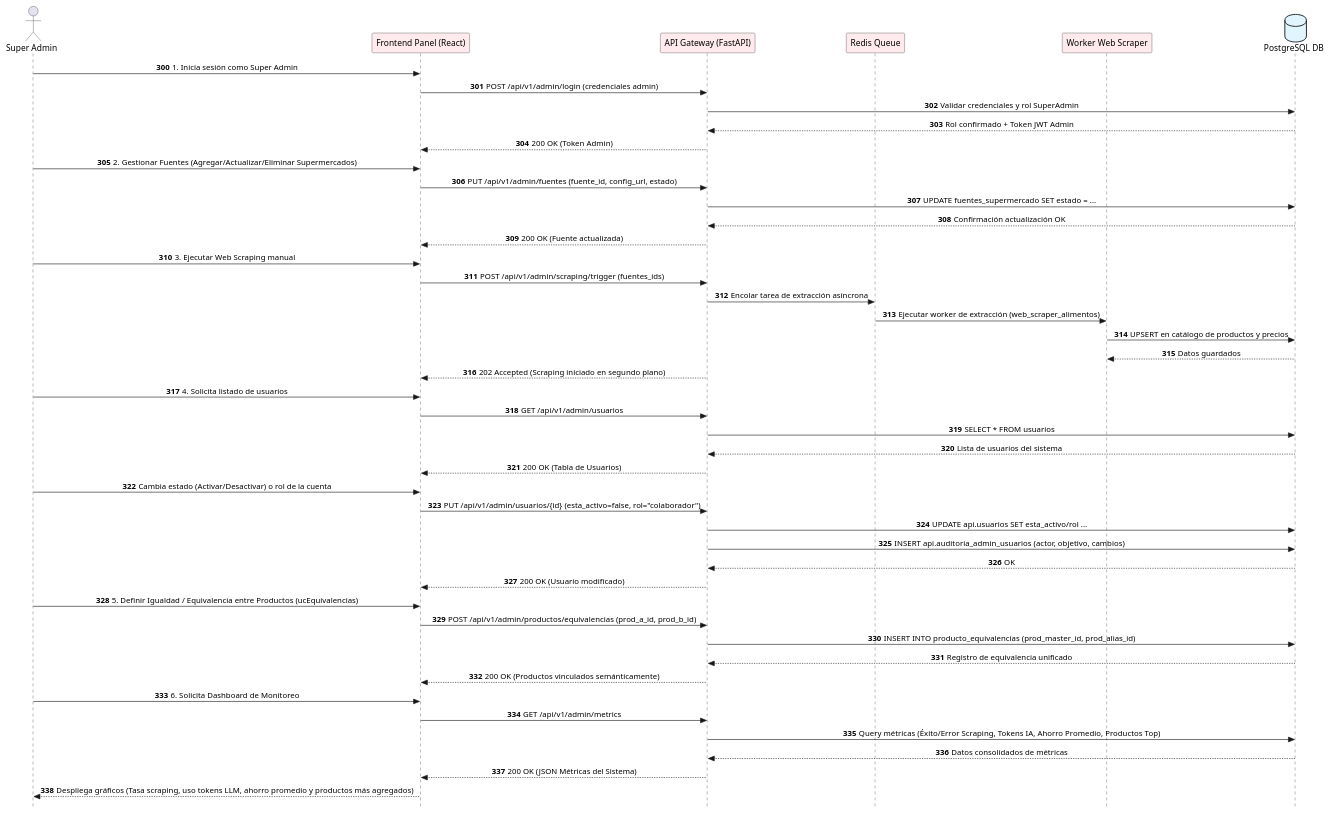
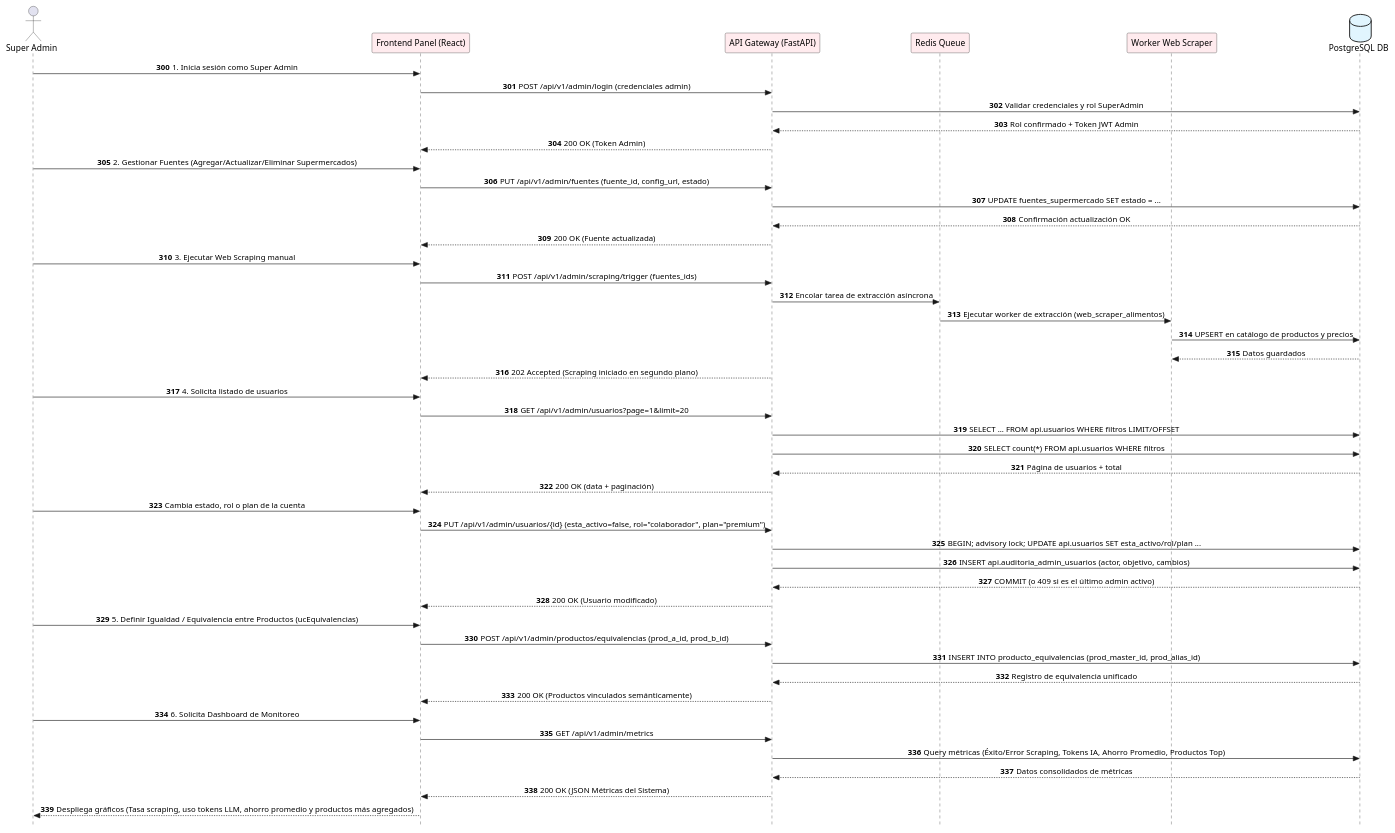
One commit to RutaAhorro/Taller_integracion_III changed the diagram in docs/Diagramas/secuencia_superadmin.puml. Above: the diagram before and after it, drawn with PlantUML. The commit also changed 35 other files, not shown here.

First line of the commit message:
fix(admin): completar paginación, plan y revalidación de sesión (SUP-242)

```diff
--- a/docs/Diagramas/secuencia_superadmin.puml
+++ b/docs/Diagramas/secuencia_superadmin.puml
@@ -1,68 +1,69 @@
 @startuml Diagrama_Secuencia_SuperAdmin
 skinparam Style StrictUml
 skinparam SequenceMessageAlignment center
 skinparam DatabaseBackgroundColor #E1F5FE
 skinparam ParticipantBackgroundColor #FFEBEE
 
 actor "Super Admin" as Admin
 participant "Frontend Panel (React)" as UI
 participant "API Gateway (FastAPI)" as API
 participant "Redis Queue" as Redis
 participant "Worker Web Scraper" as Scraper
 database "PostgreSQL DB" as DB
 
 autonumber 300
 
 box "1. Login Super Admin y Gestión de Fuentes de Scraping (ucScraping, ucFuentes)" #FFEBEE
     Admin -> UI : 1. Inicia sesión como Super Admin
     UI -> API : POST /api/v1/admin/login (credenciales admin)
     API -> DB : Validar credenciales y rol SuperAdmin
     DB --> API : Rol confirmado + Token JWT Admin
     API --> UI : 200 OK (Token Admin)
 
     Admin -> UI : 2. Gestionar Fuentes (Agregar/Actualizar/Eliminar Supermercados)
     UI -> API : PUT /api/v1/admin/fuentes (fuente_id, config_url, estado)
     API -> DB : UPDATE fuentes_supermercado SET estado = ...
     DB --> API : Confirmación actualización OK
     API --> UI : 200 OK (Fuente actualizada)
 
     Admin -> UI : 3. Ejecutar Web Scraping manual
     UI -> API : POST /api/v1/admin/scraping/trigger (fuentes_ids)
     API -> Redis : Encolar tarea de extracción asíncrona
     Redis -> Scraper : Ejecutar worker de extracción (web_scraper_alimentos)
     Scraper -> DB : UPSERT en catálogo de productos y precios
     DB --> Scraper : Datos guardados
     API --> UI : 202 Accepted (Scraping iniciado en segundo plano)
 end box
 
 box "2. Gestión de Usuarios e Igualdad de Productos (ucUsuarios, Definir Igualdad)" #FCE4EC
     Admin -> UI : 4. Solicita listado de usuarios
-    UI -> API : GET /api/v1/admin/usuarios
-    API -> DB : SELECT * FROM usuarios
-    DB --> API : Lista de usuarios del sistema
-    API --> UI : 200 OK (Tabla de Usuarios)
+    UI -> API : GET /api/v1/admin/usuarios?page=1&limit=20
+    API -> DB : SELECT ... FROM api.usuarios WHERE filtros LIMIT/OFFSET
+    API -> DB : SELECT count(*) FROM api.usuarios WHERE filtros
+    DB --> API : Página de usuarios + total
+    API --> UI : 200 OK (data + paginación)
 
-    Admin -> UI : Cambia estado (Activar/Desactivar) o rol de la cuenta
-    UI -> API : PUT /api/v1/admin/usuarios/{id} (esta_activo=false, rol="colaborador")
-    API -> DB : UPDATE api.usuarios SET esta_activo/rol ...
+    Admin -> UI : Cambia estado, rol o plan de la cuenta
+    UI -> API : PUT /api/v1/admin/usuarios/{id} (esta_activo=false, rol="colaborador", plan="premium")
+    API -> DB : BEGIN; advisory lock; UPDATE api.usuarios SET esta_activo/rol/plan ...
     API -> DB : INSERT api.auditoria_admin_usuarios (actor, objetivo, cambios)
-    DB --> API : OK
+    DB --> API : COMMIT (o 409 si es el último admin activo)
     API --> UI : 200 OK (Usuario modificado)
 
     Admin -> UI : 5. Definir Igualdad / Equivalencia entre Productos (ucEquivalencias)
     UI -> API : POST /api/v1/admin/productos/equivalencias (prod_a_id, prod_b_id)
     API -> DB : INSERT INTO producto_equivalencias (prod_master_id, prod_alias_id)
     DB --> API : Registro de equivalencia unificado
     API --> UI : 200 OK (Productos vinculados semánticamente)
 end box
 
 box "3. Monitoreo del Sistema y Métricas (Monitoreo del sistema)" #FFF3E0
     Admin -> UI : 6. Solicita Dashboard de Monitoreo
     UI -> API : GET /api/v1/admin/metrics
     API -> DB : Query métricas (Éxito/Error Scraping, Tokens IA, Ahorro Promedio, Productos Top)
     DB --> API : Datos consolidados de métricas
     API --> UI : 200 OK (JSON Métricas del Sistema)
     UI --> Admin : Despliega gráficos (Tasa scraping, uso tokens LLM, ahorro promedio y productos más agregados)
 end box
 
 @enduml
```
